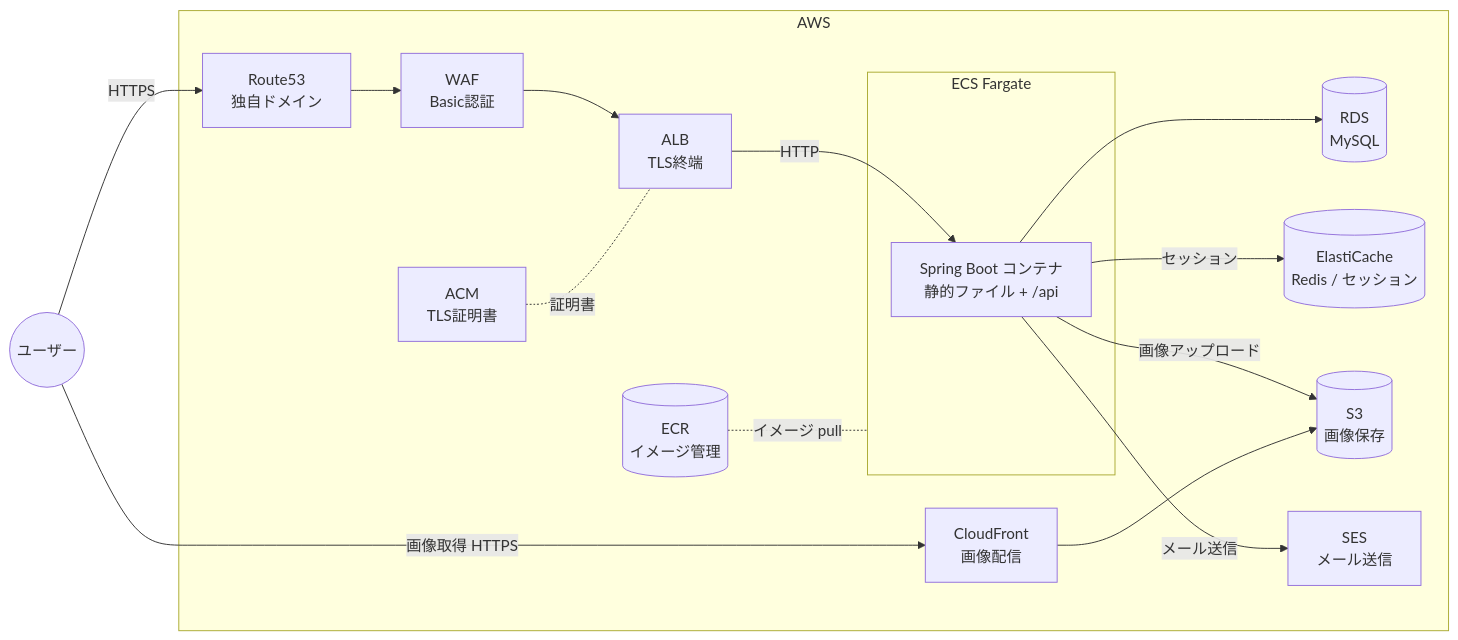
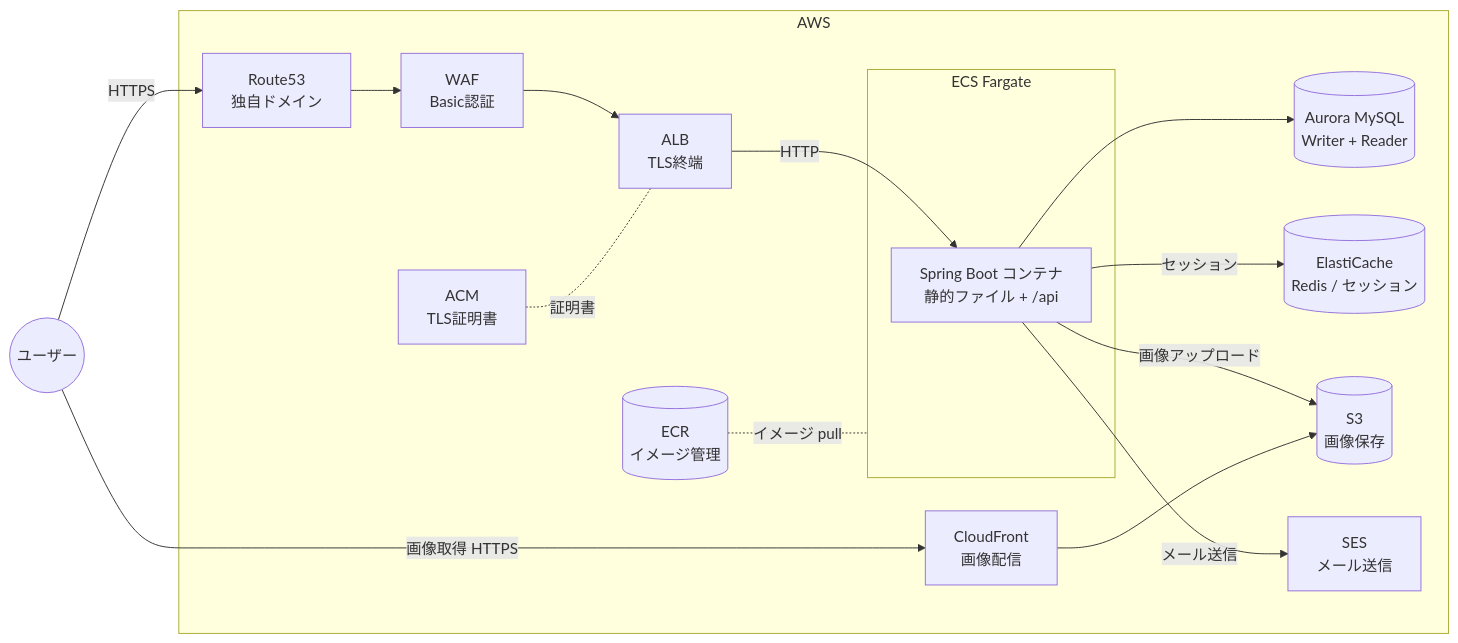
Before and after one commit to 0000masa/nuxt-java-practice: the diagram in docs/infrastructure/README.md, drawn with Mermaid. The commit also changed other lines of this file and 9 other files, not shown here.

````diff
--- a/docs/infrastructure/README.md
+++ b/docs/infrastructure/README.md
@@ -17,33 +17,33 @@
 ```mermaid
 flowchart LR
     User((ユーザー))
 
     subgraph AWS
         R53[Route53<br/>独自ドメイン]
         ACM[ACM<br/>TLS証明書]
         WAF[WAF<br/>Basic認証]
         ALB[ALB<br/>TLS終端]
         subgraph ECS[ECS Fargate]
             App[Spring Boot コンテナ<br/>静的ファイル + /api]
         end
-        RDS[(RDS<br/>MySQL)]
+        RDS[(Aurora MySQL<br/>Writer + Reader)]
         EC[(ElastiCache<br/>Redis / セッション)]
         S3[(S3<br/>画像保存)]
         CF[CloudFront<br/>画像配信]
         SES[SES<br/>メール送信]
         ECR[(ECR<br/>イメージ管理)]
     end
 
     User -->|HTTPS| R53
     R53 --> WAF
     WAF --> ALB
     ACM -.証明書.- ALB
     ALB -->|HTTP| App
     App --> RDS
     App -->|セッション| EC
     App -->|画像アップロード| S3
     App -->|メール送信| SES
     User -->|画像取得 HTTPS| CF
     CF --> S3
     ECR -.イメージ pull.- ECS
 ```
````
